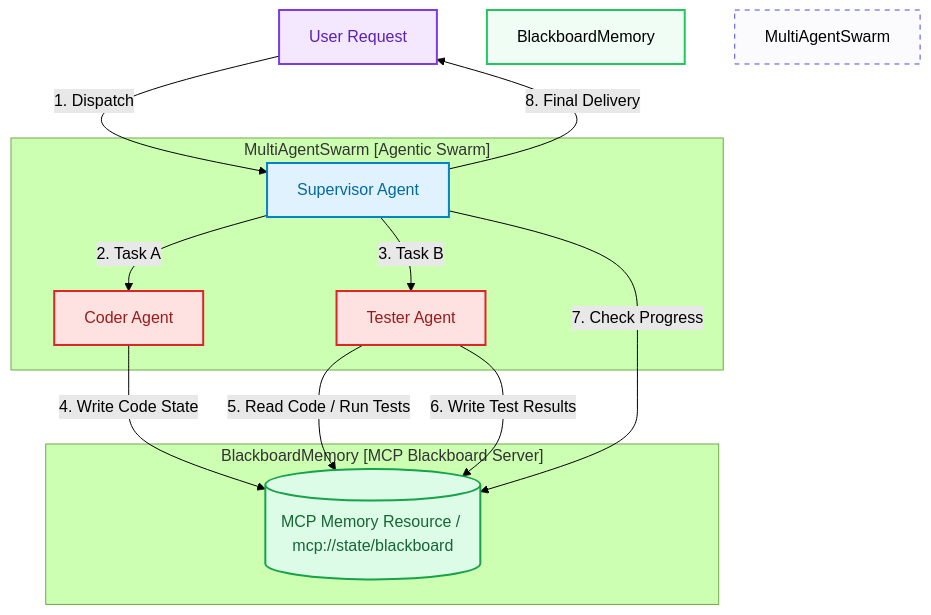
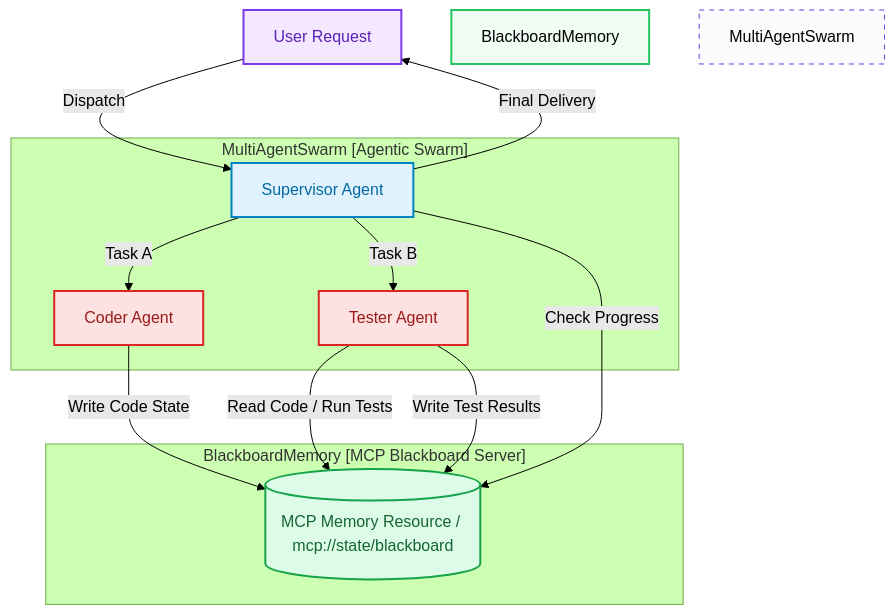
One commit to akmalkhaniub/akmalkhaniub.github.io changed the diagram in blog/posts/context-engineering-cross-agent-memory.md. Above: the diagram before and after it, drawn with Mermaid (forest theme). The commit also changed 411 other files, not shown here.

````diff
--- a/blog/posts/context-engineering-cross-agent-memory.md
+++ b/blog/posts/context-engineering-cross-agent-memory.md
@@ -24,33 +24,33 @@
 ```mermaid
-graph TD
+flowchart TD
     classDef start fill:#f3e8ff,stroke:#7c3aed,stroke-width:2px,color:#5b21b6;
     classDef supervisor fill:#e0f2fe,stroke:#0284c7,stroke-width:2px,color:#0369a1;
     classDef workers fill:#fee2e2,stroke:#dc2626,stroke-width:2px,color:#991b1b;
     classDef memory fill:#dcfce7,stroke:#16a34a,stroke-width:2px,color:#166534;
 
-    User[User Request] -->|1. Dispatch| Supervisor[Supervisor Agent]
+    User[User Request] -->|Dispatch| Supervisor[Supervisor Agent]
     
     subgraph SG1_MultiagentswarmAgenticSwarm ["MultiAgentSwarm [Agentic Swarm]"]
-        Supervisor -->|2. Task A| CoderAgent[Coder Agent]
-        Supervisor -->|3. Task B| TesterAgent[Tester Agent]
+        Supervisor -->|Task A| CoderAgent[Coder Agent]
+        Supervisor -->|Task B| TesterAgent[Tester Agent]
     end
     
     subgraph SG2_BlackboardmemoryMcpBlackboard ["BlackboardMemory [MCP Blackboard Server]"]
         MemoryResource[(MCP Memory Resource / mcp://state/blackboard)]
     end
 
-    CoderAgent -->|4. Write Code State| MemoryResource
-    TesterAgent -->|5. Read Code / Run Tests| MemoryResource
-    TesterAgent -->|6. Write Test Results| MemoryResource
+    CoderAgent -->|Write Code State| MemoryResource
+    TesterAgent -->|Read Code / Run Tests| MemoryResource
+    TesterAgent -->|Write Test Results| MemoryResource
     
-    Supervisor -->|7. Check Progress| MemoryResource
-    Supervisor -->|8. Final Delivery| User
+    Supervisor -->|Check Progress| MemoryResource
+    Supervisor -->|Final Delivery| User
 
     class User start;
     class Supervisor supervisor;
     class CoderAgent,TesterAgent workers;
     class MemoryResource memory;
     
     style BlackboardMemory fill:#f0fdf4,stroke:#22c55e,stroke-width:2px;
     style MultiAgentSwarm fill:#fbfbfe,stroke:#4f46e5,stroke-width:1px,stroke-dasharray: 5 5;
 ```
````
